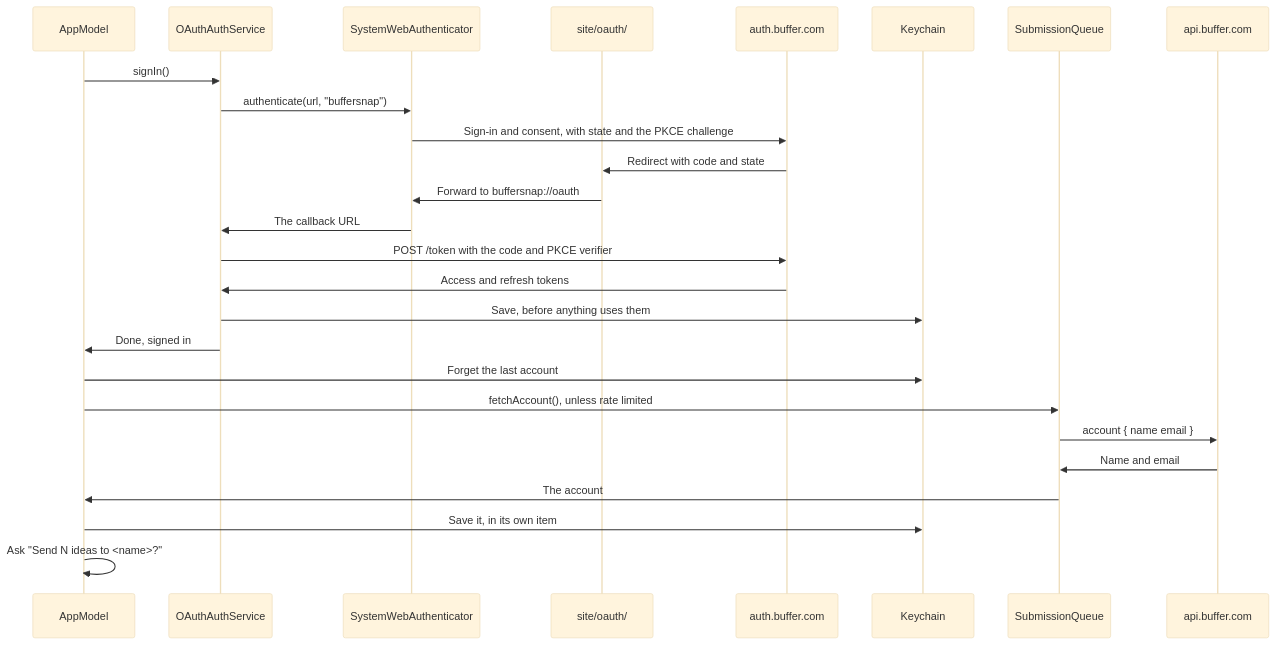
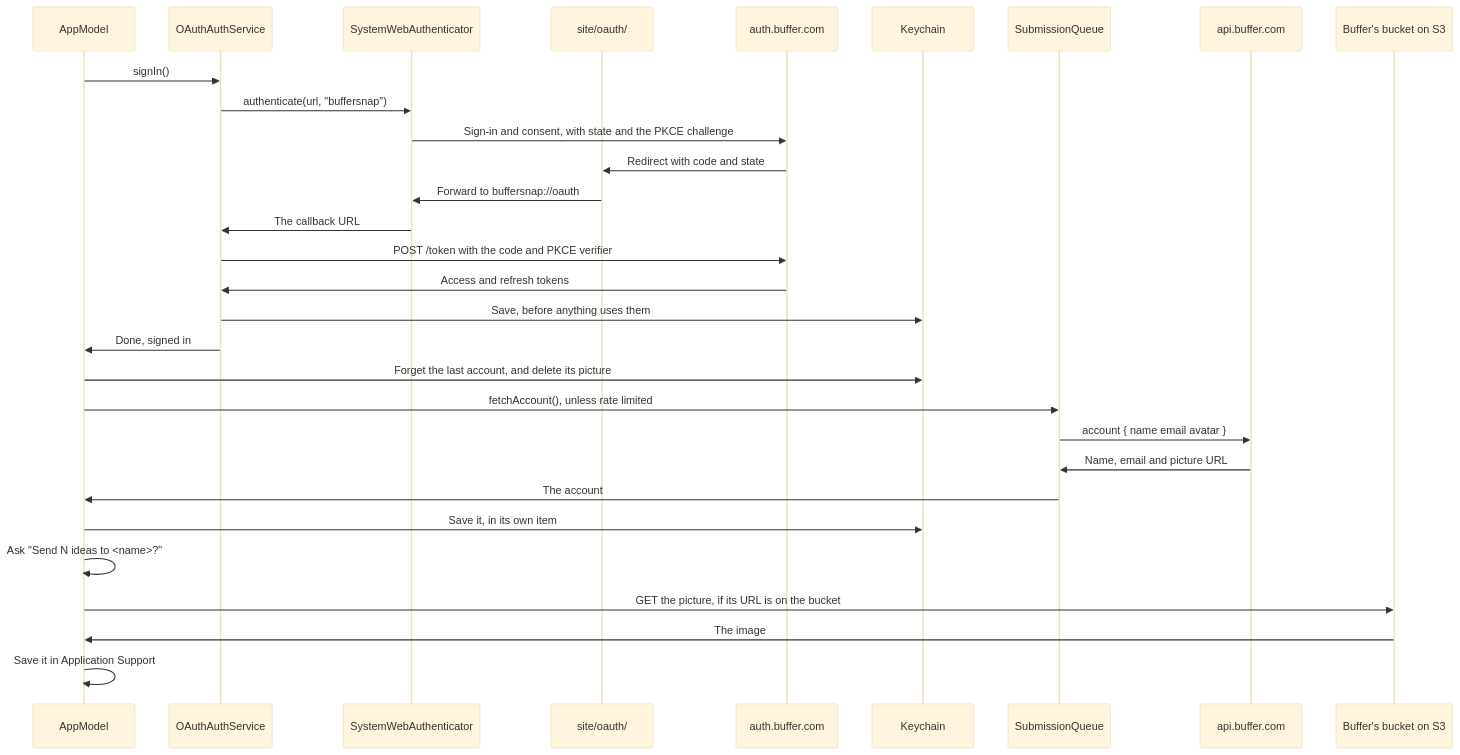
The third of 6 diagrams in docs/architecture.md (southp/buffer-snap), drawn with Mermaid (base theme) before and after one commit. The commit also changed other lines of this file and 3 other files, not shown here.

First line of the commit message:
Docs: Say where the account's picture comes from, and why only that host

````diff
--- a/docs/architecture.md
+++ b/docs/architecture.md
@@ -133,28 +141,32 @@
 ```mermaid
 sequenceDiagram
     participant Model as AppModel
     participant Auth as OAuthAuthService
     participant Web as SystemWebAuthenticator
     participant Page as site/oauth/
     participant Buffer as auth.buffer.com
     participant Keychain
     participant Queue as SubmissionQueue
     participant API as api.buffer.com
+    participant S3 as Buffer's bucket on S3
     Model->>Auth: signIn()
     Auth->>Web: authenticate(url, "buffersnap")
     Web->>Buffer: Sign-in and consent, with state and the PKCE challenge
     Buffer->>Page: Redirect with code and state
     Page->>Web: Forward to buffersnap://oauth
     Web->>Auth: The callback URL
     Auth->>Buffer: POST /token with the code and PKCE verifier
     Buffer->>Auth: Access and refresh tokens
     Auth->>Keychain: Save, before anything uses them
     Auth->>Model: Done, signed in
-    Model->>Keychain: Forget the last account
+    Model->>Keychain: Forget the last account, and delete its picture
     Model->>Queue: fetchAccount(), unless rate limited
-    Queue->>API: account { name email }
-    API->>Queue: Name and email
+    Queue->>API: account { name email avatar }
+    API->>Queue: Name, email and picture URL
     Queue->>Model: The account
     Model->>Keychain: Save it, in its own item
     Model->>Model: Ask "Send N ideas to <name>?"
+    Model->>S3: GET the picture, if its URL is on the bucket
+    S3->>Model: The image
+    Model->>Model: Save it in Application Support
 ```
````
